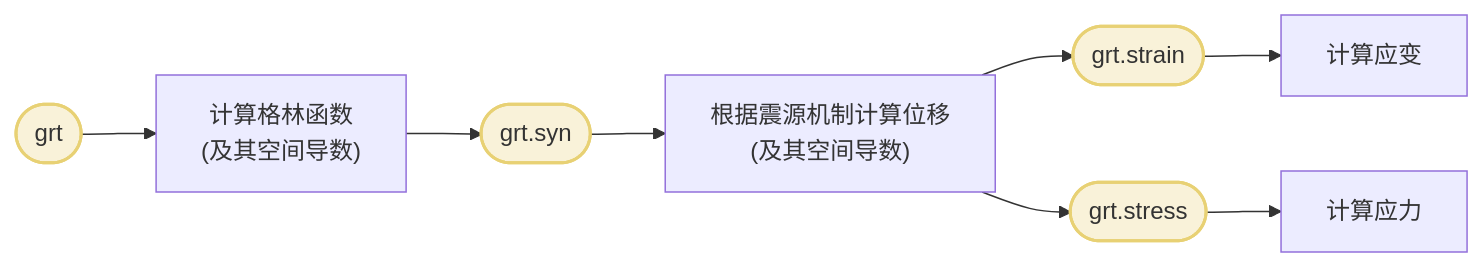
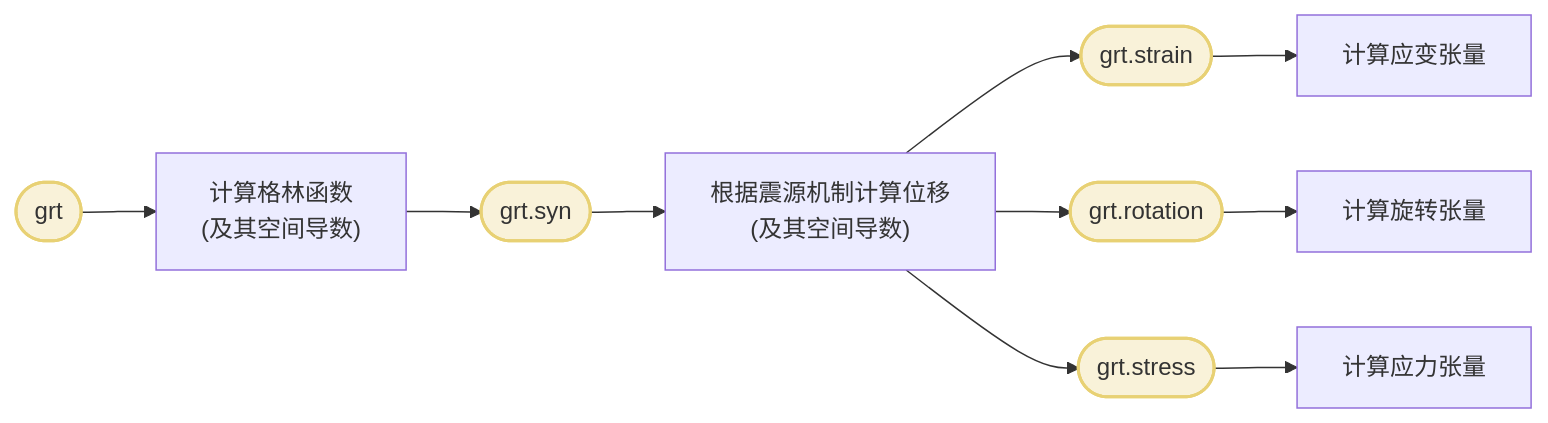
The second of 2 diagrams in docs/source/Tutorial/index.rst (Dengda98/PyGRT), drawn with Mermaid before and after one commit. The commit also changed other lines of this file and 2 other files, not shown here.

Commit message:
DOC: fix some typos, update mermaid flowchart

```diff
--- a/docs/source/Tutorial/index.rst
+++ b/docs/source/Tutorial/index.rst
@@ -44,24 +47,27 @@
 .. mermaid::
     :zoom:
 
     flowchart LR 
 
         GG(["grt"])
         SS(["grt.syn"])
         EE(["grt.strain"])
+        RR(["grt.rotation"])
         TT(["grt.stress"])
 
         G["计算格林函数
         (及其空间导数)"]
         S["根据震源机制计算位移
         (及其空间导数)"]
-        E["计算应变"]
-        T["计算应力"]
+        E["计算应变张量"]
+        R["计算旋转张量"]
+        T["计算应力张量"]
 
         GG --> G
         G --> SS --> S
         S --> EE --> E
+        S --> RR --> R
         S --> TT --> T
         
         classDef cmdcls fill:#f9f2d9,stroke:#e8d174,stroke-width:2px,color:#333;
-        class GG,SS,EE,TT cmdcls
+        class GG,SS,EE,RR,TT cmdcls
```
